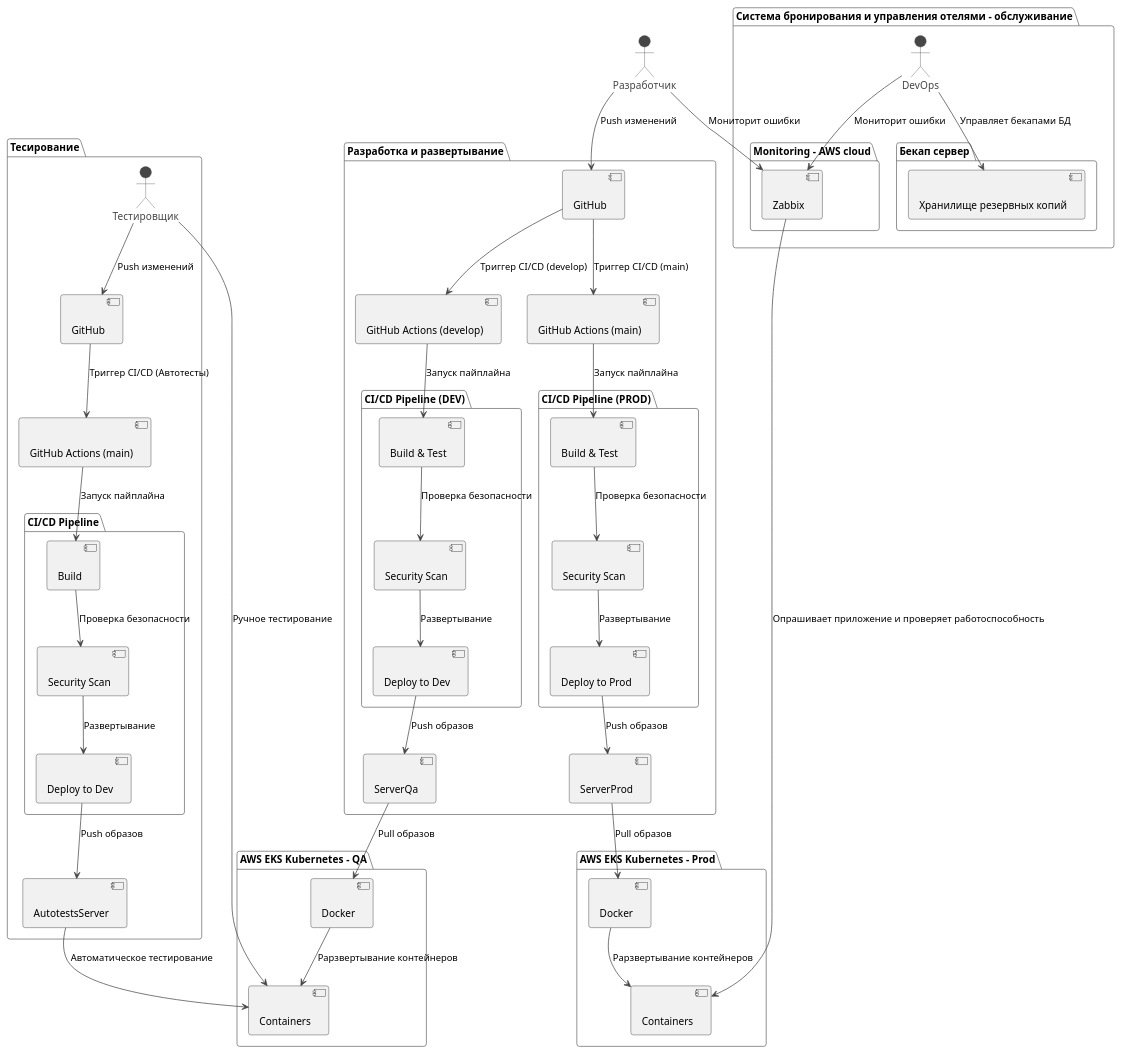
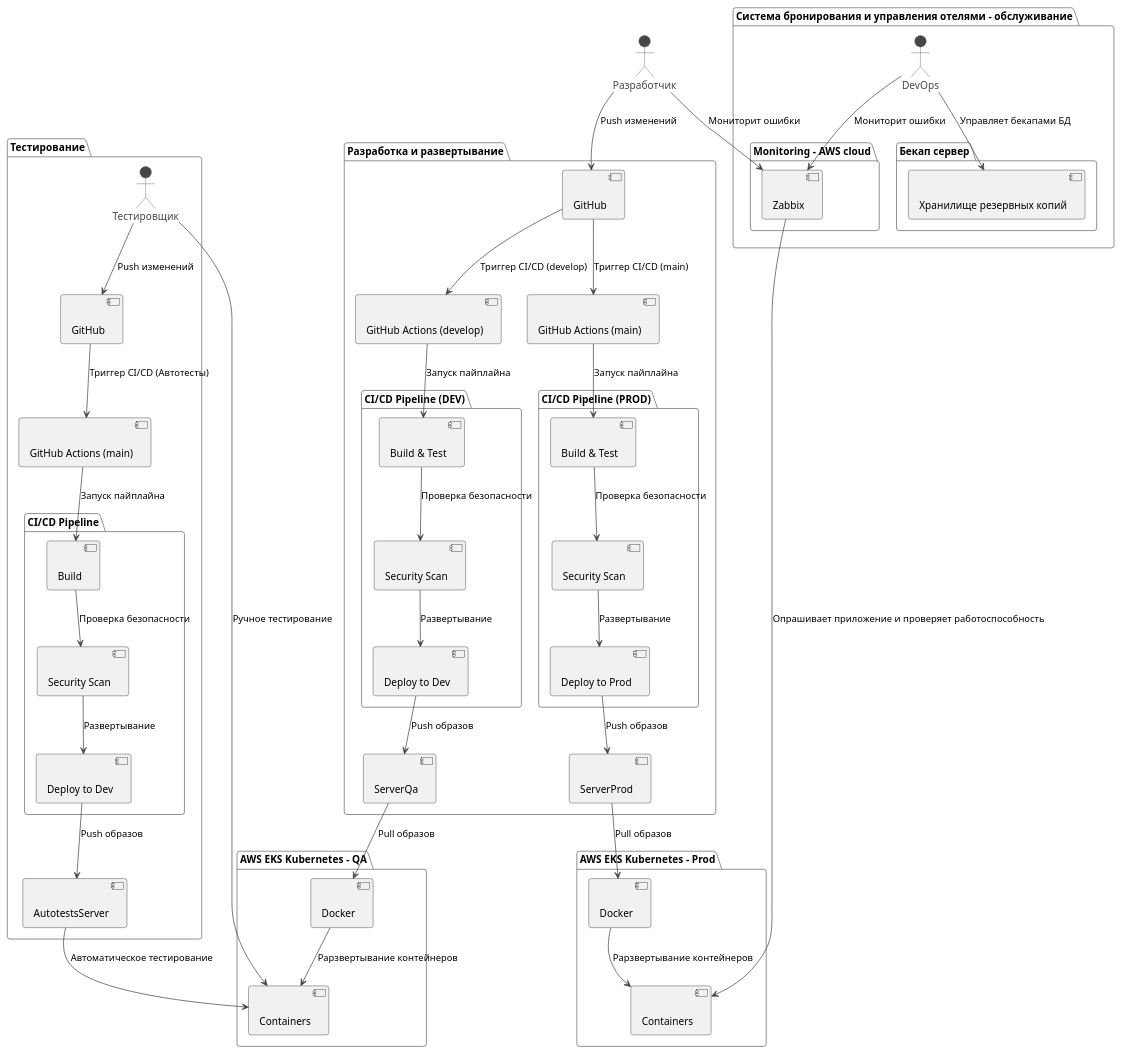
The diagram in Diagrams/Maintenance.puml (GornikMaria/SoftwareDevelopmentTechnology), drawn with PlantUML before and after one commit. The commit also changed 1 other file, not shown here.

```diff
--- a/Diagrams/Maintenance.puml
+++ b/Diagrams/Maintenance.puml
@@ -1,104 +1,104 @@
 @startuml
 !theme vibrant
 
 actor "Разработчик" as developer
 
 package "Разработка и развертывание" as development {
     [GitHub] as vcs << (C, #FFAAAA) >>
     [GitHub Actions (main)] as cicd_prod << (C, #FFAAAA) >>
     [GitHub Actions (develop)] as cicd_dev << (C, #FFAAAA) >>
 
     ' Связи разработки
     developer --> vcs : "Push изменений"
     vcs --> cicd_prod : "Триггер CI/CD (main)"
     vcs --> cicd_dev : "Триггер CI/CD (develop)"
     
     package "CI/CD Pipeline (PROD)" as build_prod {
       [Build & Test] as build_test_prod << (C, #FFAAAA) >>
       [Security Scan] as security_scan_prod << (C, #FFAAAA) >>
       [Deploy to Prod] as deploy_prod << (C, #FFAAAA) >>
     }
     
     package "CI/CD Pipeline (DEV)" as build_dev {
       [Build & Test] as build_test_dev << (C, #FFAAAA) >>
       [Security Scan] as security_scan_dev << (C, #FFAAAA) >>
       [Deploy to Dev] as deploy_dev << (C, #FFAAAA) >>
     }
 
     [ServerProd] as container_registry_prod << (C, #FFAAAA) >>
     [ServerQa] as container_registry_qa << (C, #FFAAAA) >>
 
     ' Pipeline PROD
     cicd_prod --> build_test_prod : "Запуск пайплайна"
     build_test_prod --> security_scan_prod : "Проверка безопасности"
     security_scan_prod --> deploy_prod : "Развертывание"
     deploy_prod --> container_registry_prod : "Push образов"
 
     ' Pipeline DEV
     cicd_dev --> build_test_dev : "Запуск пайплайна"
     build_test_dev --> security_scan_dev : "Проверка безопасности"
     security_scan_dev --> deploy_dev : "Развертывание"
     deploy_dev --> container_registry_qa : "Push образов"
 }
 
 package "AWS EKS Kubernetes - QA" as k8s_qa {
   [Docker] as docker_qa << (C, #FFAAAA) >>
   [Containers] as containers_qa << (C, #FFAAAA) >>
   docker_qa --> containers_qa : "Рарзвертывание контейнеров"
 
   container_registry_qa --> docker_qa : "Pull образов"
 }
 
 package "AWS EKS Kubernetes - Prod" as k8s_prod {
   [Docker] as docker_prod << (C, #FFAAAA) >>
   [Containers] as containers_prod << (C, #FFAAAA) >>
   docker_prod --> containers_prod : "Рарзвертывание контейнеров"
 
   container_registry_prod --> docker_prod : "Pull образов"
 }
     
 package "Система бронирования и управления отелями - обслуживание" as maintenance {
   actor "DevOps" as devops
 
   package "Monitoring - AWS cloud" as cloud {
     [Zabbix] as monitoring_service << (C, #FFAAAA) >>
   }
 
   package "Бекап сервер" as serverBackups {
     [Хранилище резервных копий] as backupsStorage << (C, #FFAAAA) >>
   }
 
   devops --> backupsStorage : "Управляет бекапами БД"
   devops --> monitoring_service : "Мониторит ошибки"
   developer --> monitoring_service : "Мониторит ошибки"
   monitoring_service --> containers_prod : "Опрашивает приложение и проверяет работоспособность"
 }
 
-package "Тесирование" as qa {
+package "Тестирование" as qa {
   actor "Тестировщик" as qaEngineer
 
   [GitHub] as vcsQa << (C, #FFAAAA) >>
   [GitHub Actions (main)] as cicd_tests << (C, #FFAAAA) >>
 
   ' Связи автотестов
   qaEngineer --> vcsQa : "Push изменений"
   vcsQa --> cicd_tests : "Триггер CI/CD (Автотесты)"
 
   package "CI/CD Pipeline" as build_pipeline_tests {
     [Build] as build_tests << (C, #FFAAAA) >>
     [Security Scan] as security_scan_tests << (C, #FFAAAA) >>
     [Deploy to Dev] as deploy_tests << (C, #FFAAAA) >>
   }
 
   [AutotestsServer] as container_registry_tests << (C, #FFAAAA) >>
 
   cicd_tests --> build_tests : "Запуск пайплайна"
   build_tests --> security_scan_tests : "Проверка безопасности"
   security_scan_tests --> deploy_tests : "Развертывание"
   deploy_tests --> container_registry_tests : "Push образов"
 
   container_registry_tests --> containers_qa : "Автоматическое тестирование"
   qaEngineer --> containers_qa : "Ручное тестирование"
 }
 
 @enduml
```
